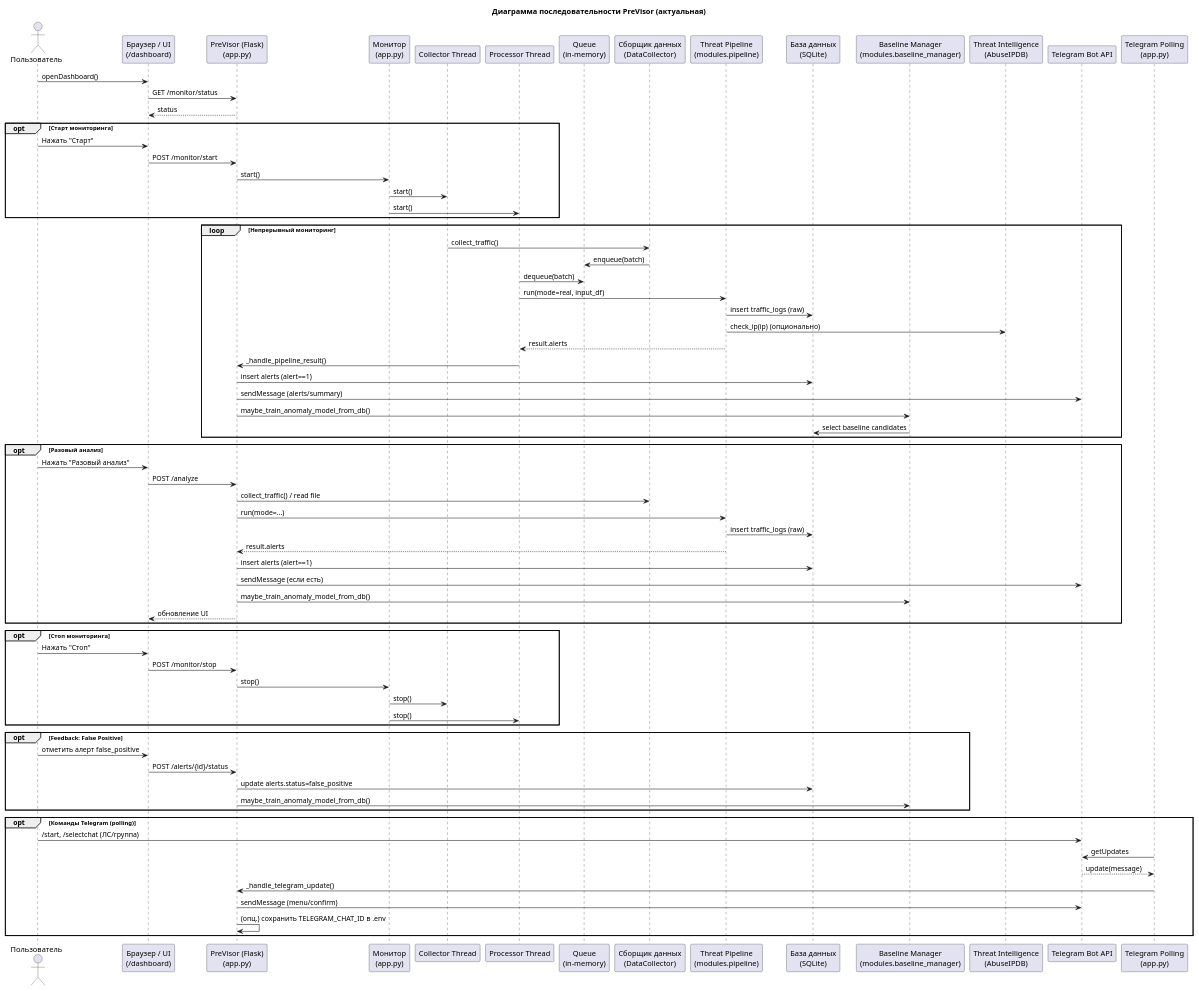
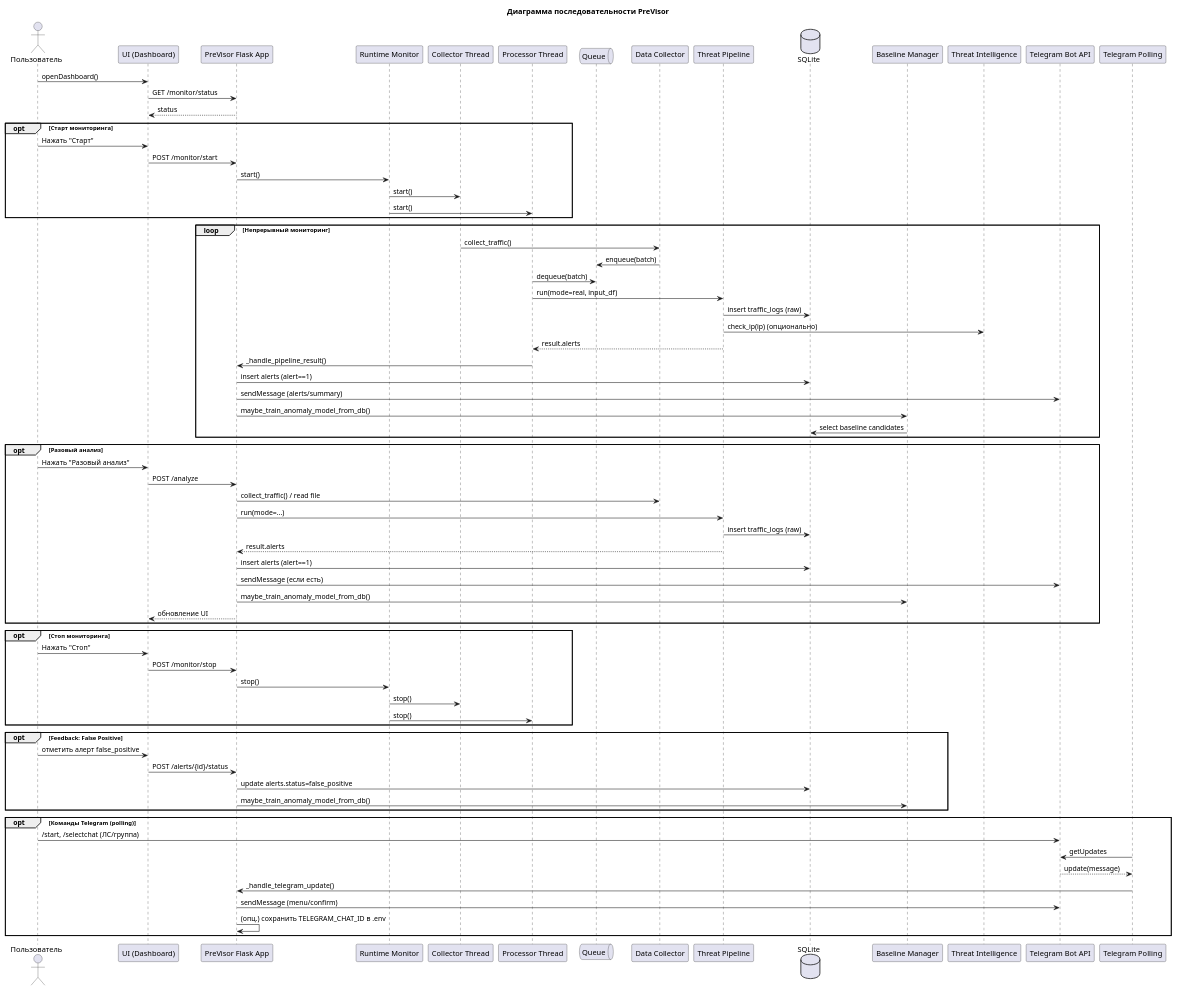
The diagram in static/previsor_sequence_diagram.puml (k00000tek/previsor), drawn with PlantUML before and after one commit. The commit also changed 19 other files, not shown here.

Commit message:
Previsor v3 08-02-2026: update diagrams

```diff
--- a/static/previsor_sequence_diagram.puml
+++ b/static/previsor_sequence_diagram.puml
@@ -1,83 +1,83 @@
 @startuml
-title Диаграмма последовательности PreVisor (актуальная)
+title Диаграмма последовательности PreVisor
 
 actor "Пользователь" as User
-participant "Браузер / UI\n(/dashboard)" as UI
-participant "PreVisor (Flask)\n(app.py)" as App
-participant "Монитор\n(app.py)" as Mon
+participant "UI (Dashboard)" as UI
+participant "PreVisor Flask App" as App
+participant "Runtime Monitor" as Mon
 participant "Collector Thread" as Col
 participant "Processor Thread" as Proc
-participant "Queue\n(in-memory)" as Q
-participant "Сборщик данных\n(DataCollector)" as DC
-participant "Threat Pipeline\n(modules.pipeline)" as Pipe
-participant "База данных\n(SQLite)" as DB
-participant "Baseline Manager\n(modules.baseline_manager)" as BM
-participant "Threat Intelligence\n(AbuseIPDB)" as EXT
+queue "Queue" as Q
+participant "Data Collector" as DC
+participant "Threat Pipeline" as Pipe
+database "SQLite" as DB
+participant "Baseline Manager" as BM
+participant "Threat Intelligence" as EXT
 participant "Telegram Bot API" as TG
-participant "Telegram Polling\n(app.py)" as Poll
+participant "Telegram Polling" as Poll
 
 User -> UI : openDashboard()
 UI -> App : GET /monitor/status
 App --> UI : status
 
 opt Старт мониторинга
   User -> UI : Нажать "Старт"
   UI -> App : POST /monitor/start
   App -> Mon : start()
   Mon -> Col : start()
   Mon -> Proc : start()
 end
 
 loop Непрерывный мониторинг
   Col -> DC : collect_traffic()
   DC -> Q : enqueue(batch)
   Proc -> Q : dequeue(batch)
   Proc -> Pipe : run(mode=real, input_df)
   Pipe -> DB : insert traffic_logs (raw)
   Pipe -> EXT : check_ip(ip) (опционально)
   Pipe --> Proc : result.alerts
   Proc -> App : _handle_pipeline_result()
   App -> DB : insert alerts (alert==1)
   App -> TG : sendMessage (alerts/summary)
   App -> BM : maybe_train_anomaly_model_from_db()
   BM -> DB : select baseline candidates
 end
 
 opt Разовый анализ
   User -> UI : Нажать "Разовый анализ"
   UI -> App : POST /analyze
   App -> DC : collect_traffic() / read file
   App -> Pipe : run(mode=...)
   Pipe -> DB : insert traffic_logs (raw)
   Pipe --> App : result.alerts
   App -> DB : insert alerts (alert==1)
   App -> TG : sendMessage (если есть)
   App -> BM : maybe_train_anomaly_model_from_db()
   UI <-- App : обновление UI
 end
 
 opt Стоп мониторинга
   User -> UI : Нажать "Стоп"
   UI -> App : POST /monitor/stop
   App -> Mon : stop()
   Mon -> Col : stop()
   Mon -> Proc : stop()
 end
 
 opt Feedback: False Positive
   User -> UI : отметить алерт false_positive
   UI -> App : POST /alerts/{id}/status
   App -> DB : update alerts.status=false_positive
   App -> BM : maybe_train_anomaly_model_from_db()
 end
 
 opt Команды Telegram (polling)
   User -> TG : /start, /selectchat (ЛС/группа)
   Poll -> TG : getUpdates
   TG --> Poll : update(message)
   Poll -> App : _handle_telegram_update()
   App -> TG : sendMessage (menu/confirm)
   App -> App : (опц.) сохранить TELEGRAM_CHAT_ID в .env
 end
 
 @enduml
```
